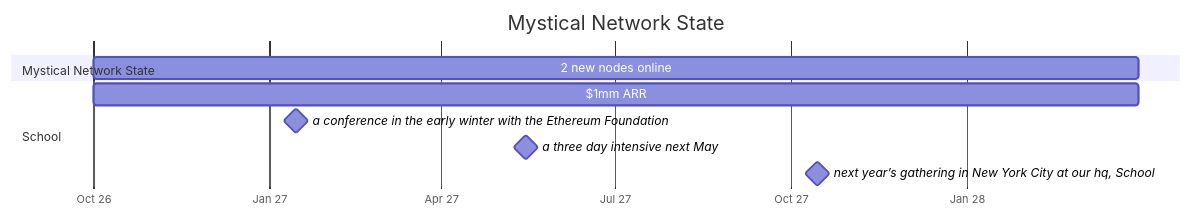
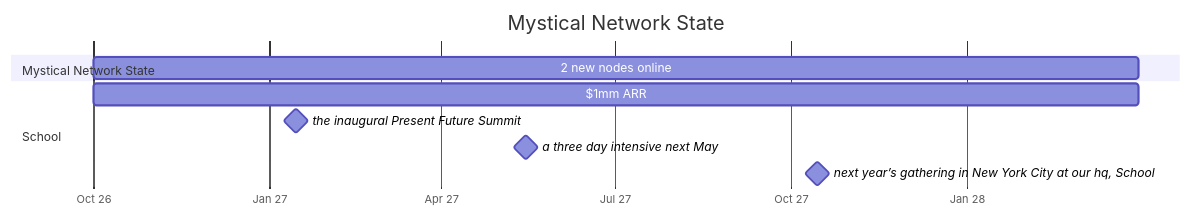
Before and after one commit to jameslbarnes/oneguild: the eighth of 9 diagrams in guild/ONE-GUILD.md, drawn with Mermaid. The commit also changed other lines of this file and 47 other files, not shown here.

````diff
--- a/guild/ONE-GUILD.md
+++ b/guild/ONE-GUILD.md
@@ -983,14 +983,14 @@
 ```mermaid
 gantt
   title Mystical Network State
   dateFormat YYYY-MM-DD
   axisFormat %b %y
   todayMarker stroke-width:2px,stroke:#d33
   section Mystical Network State
     2 new nodes online :2026-10-01, 2028-03-31
   section School
     $1mm ARR :2026-10-01, 2028-03-31
-    a conference in the early winter with the Ethereum Foundation :milestone, 2027-01-15, 0d
+    the inaugural Present Future Summit :milestone, 2027-01-15, 0d
     a three day intensive next May :milestone, 2027-05-15, 0d
     next year’s gathering in New York City at our hq, School :milestone, 2027-10-15, 0d
 ```
````
